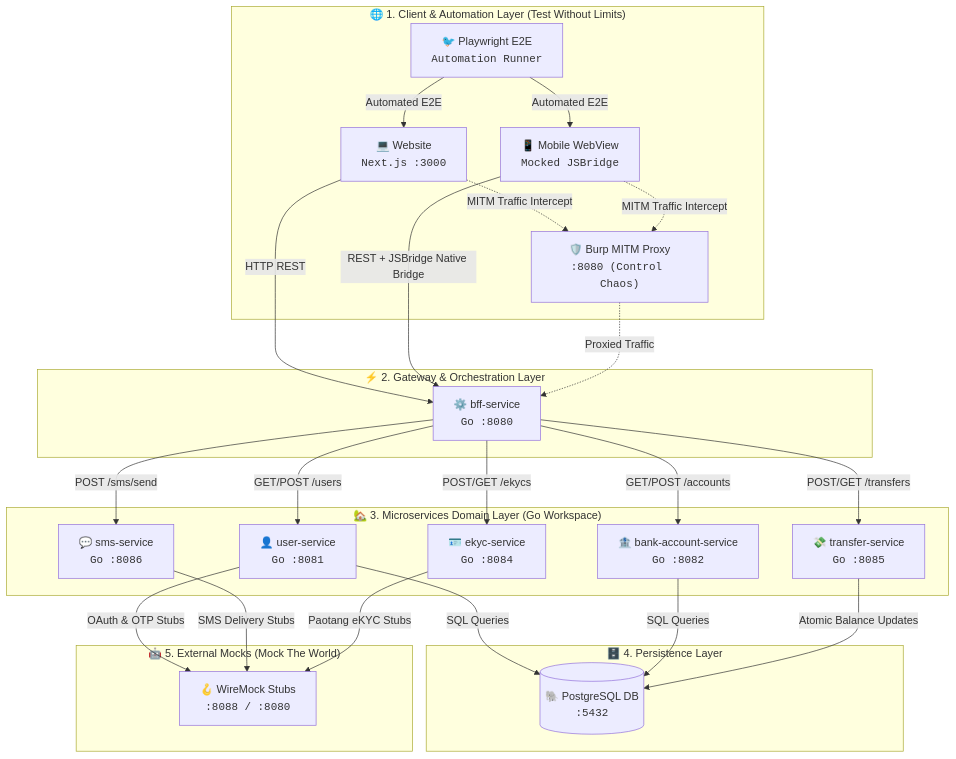
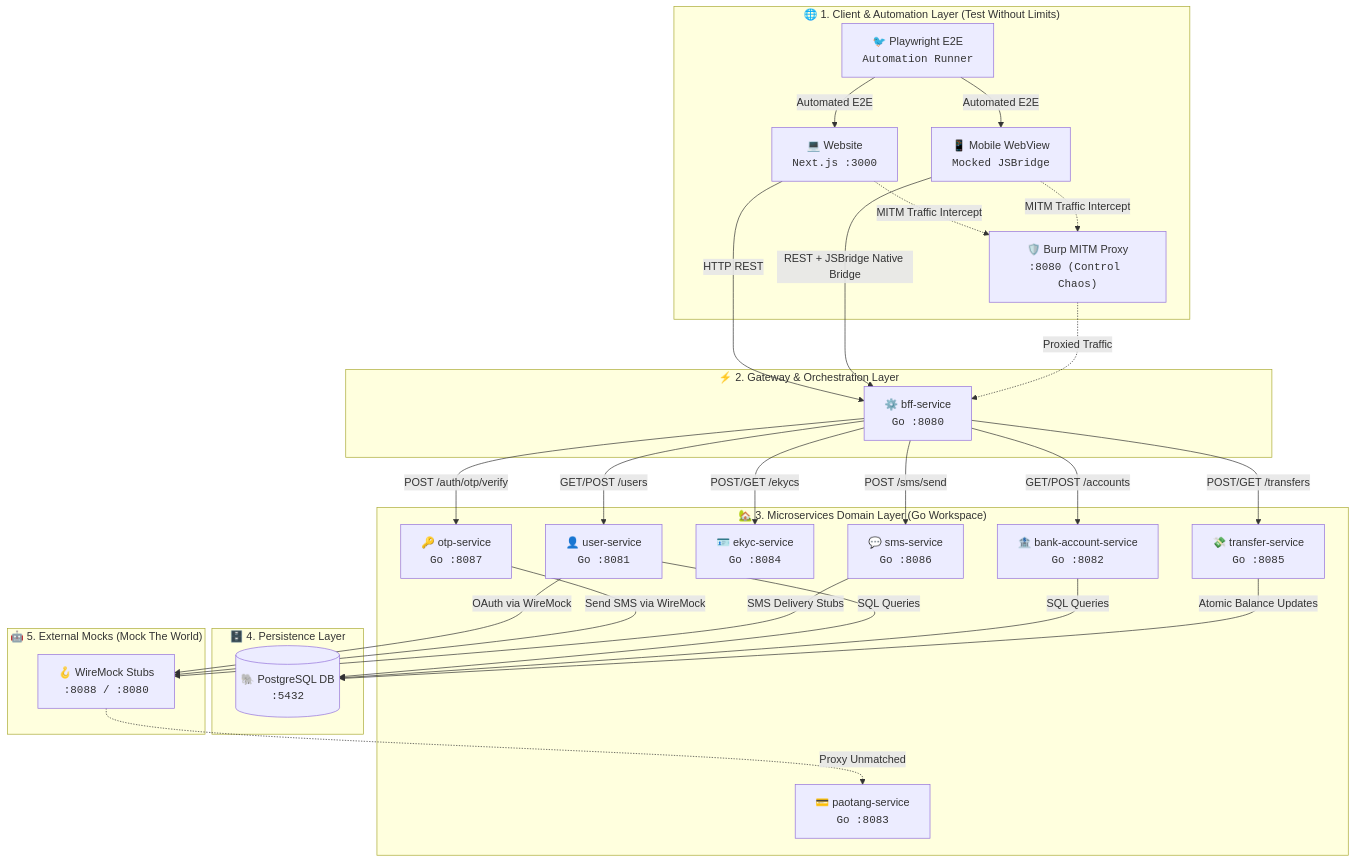
One commit to SiwakornSitti/ultra-smoooooth-testing changed the diagram in README.md. Above: the diagram before and after it, drawn with Mermaid. The commit also changed other lines of this file and 1 other file, not shown here.

Commit message:
docs: update 5-Tier architecture diagrams in README.md and slides to include paotang-service and otp-service

````diff
--- a/README.md
+++ b/README.md
@@ -17,51 +17,55 @@
 ```mermaid
 flowchart TD
     subgraph Clients["🌐 1. Client & Automation Layer (Test Without Limits)"]
         Website["💻 Website<br/><code>Next.js :3000</code>"]
         BridgeWebsite["📱 Mobile WebView<br/><code>Mocked JSBridge</code>"]
         Playwright["🐦 Playwright E2E<br/><code>Automation Runner</code>"]
         Burp["🛡️ Burp MITM Proxy<br/><code>:8080 (Control Chaos)</code>"]
     end
 
     subgraph API_Gateway["⚡ 2. Gateway & Orchestration Layer"]
         BFF["⚙️ bff-service<br/><code>Go :8080</code>"]
     end
 
     subgraph Core_Services["🏡 3. Microservices Domain Layer (Go Workspace)"]
         UserService["👤 user-service<br/><code>Go :8081</code>"]
         BankService["🏦 bank-account-service<br/><code>Go :8082</code>"]
+        PaotangService["💳 paotang-service<br/><code>Go :8083</code>"]
         EKYCService["🪪 ekyc-service<br/><code>Go :8084</code>"]
         TransferService["💸 transfer-service<br/><code>Go :8085</code>"]
         SMSService["💬 sms-service<br/><code>Go :8086</code>"]
+        OTPService["🔑 otp-service<br/><code>Go :8087</code>"]
     end
 
     subgraph Persistence["🗄️ 4. Persistence Layer"]
         DB[("🐘 PostgreSQL DB<br/><code>:5432</code>")]
     end
 
     subgraph External_Mocks["🤖 5. External Mocks (Mock The World)"]
         WireMock["🪝 WireMock Stubs<br/><code>:8088 / :8080</code>"]
     end
 
     Website -->|HTTP REST| BFF
     BridgeWebsite -->|REST + JSBridge Native Bridge| BFF
     Playwright -->|Automated E2E| Website
     Playwright -->|Automated E2E| BridgeWebsite
     Website -.->|MITM Traffic Intercept| Burp
     BridgeWebsite -.->|MITM Traffic Intercept| Burp
     Burp -.->|Proxied Traffic| BFF
 
     BFF -->|GET/POST /users| UserService
     BFF -->|GET/POST /accounts| BankService
     BFF -->|POST/GET /ekycs| EKYCService
     BFF -->|POST/GET /transfers| TransferService
     BFF -->|POST /sms/send| SMSService
+    BFF -->|POST /auth/otp/verify| OTPService
 
     UserService -->|SQL Queries| DB
     BankService -->|SQL Queries| DB
     TransferService -->|Atomic Balance Updates| DB
 
-    UserService -->|OAuth & OTP Stubs| WireMock
+    UserService -->|OAuth via WireMock| WireMock
+    OTPService -->|Send SMS via WireMock| WireMock
     SMSService -->|SMS Delivery Stubs| WireMock
-    EKYCService -->|Paotang eKYC Stubs| WireMock
+    WireMock -.->|Proxy Unmatched| PaotangService
 ```
````
